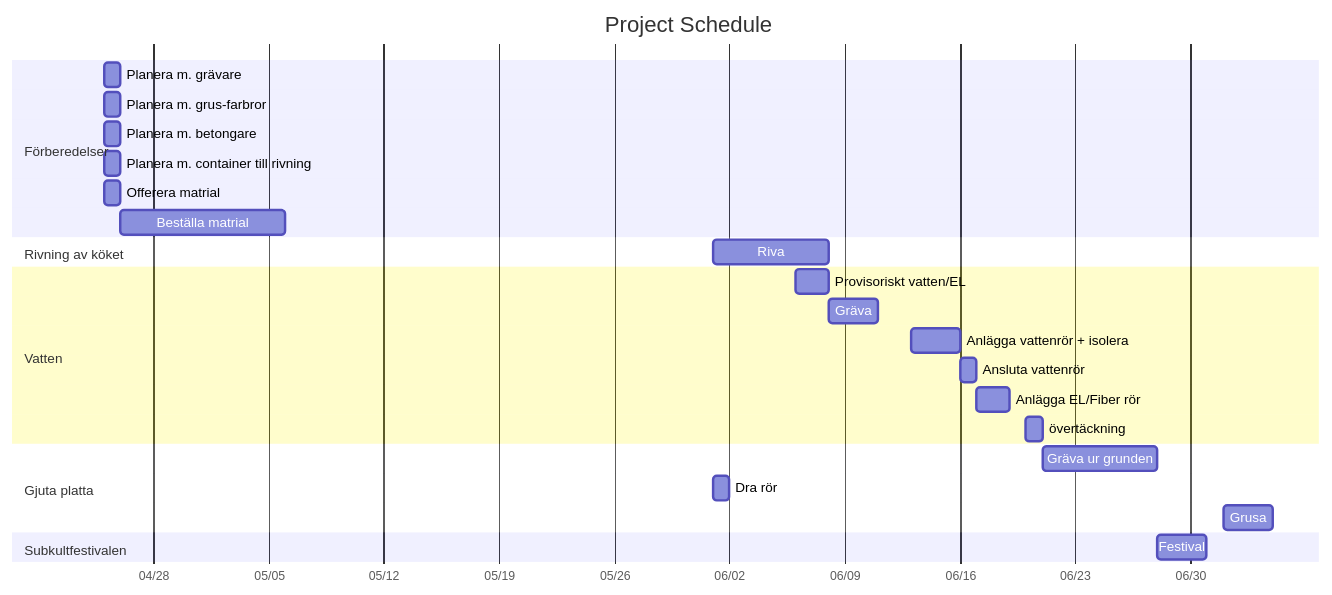
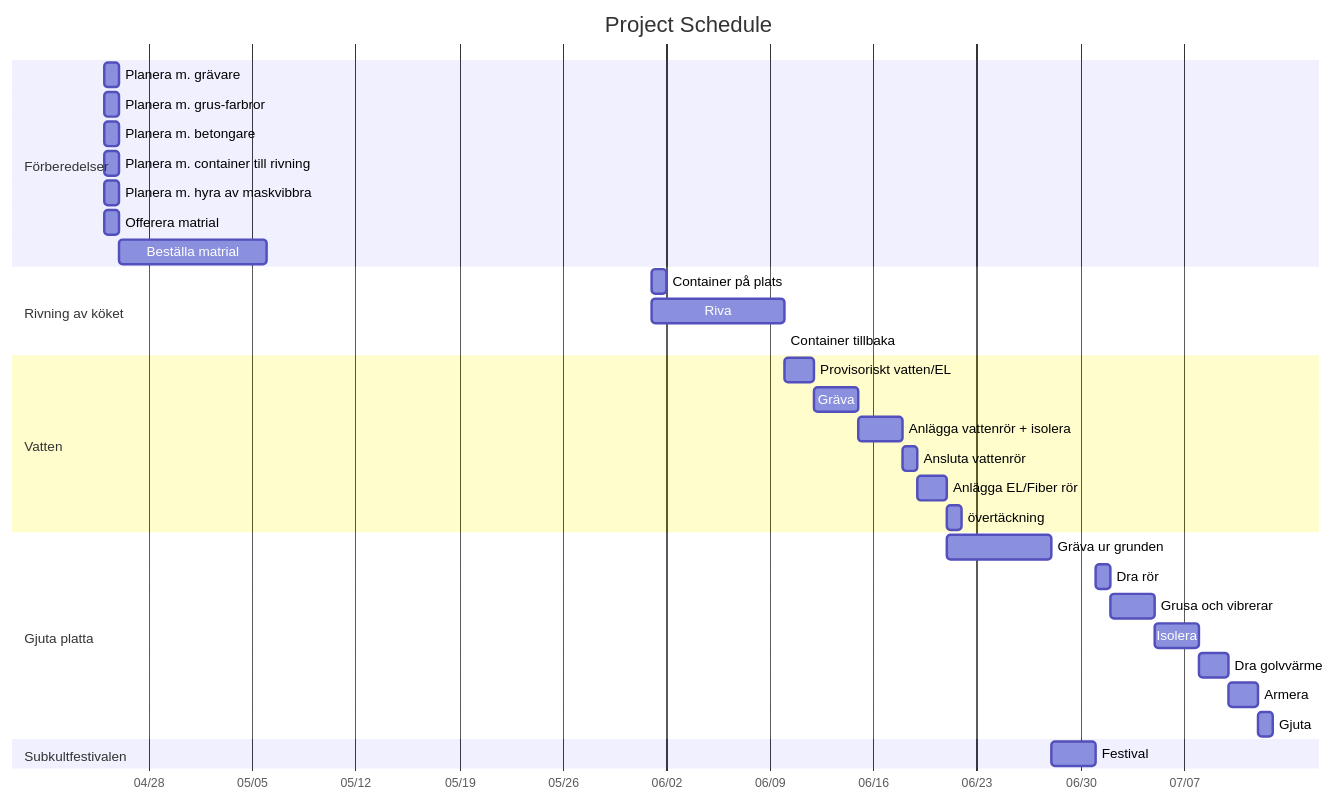
Before and after one commit to masv3971/k-ksrenovering: the diagram in schema.md, drawn with Mermaid.

Commit message:
Add sections.

````diff
--- a/schema.md
+++ b/schema.md
@@ -3,36 +3,44 @@
 ```mermaid
     gantt
         title Project Schedule
         dateFormat YYYY-MM-DD
         axisFormat %m/%d
 
         section Förberedelser
         Planera m. grävare : 2024-04-25, 1d
         Planera m. grus-farbror : 2024-04-25, 1d
         Planera m. betongare : 2024-04-25, 1d
         Planera m. container till rivning : 2024-04-25, 1d
+        Planera m. hyra av maskvibbra : 2024-04-25, 1d
         Offerera matrial : 2024-04-25, 1d
         Beställa matrial : 2024-04-26, 10d
 
         section Rivning av köket
-        Riva : 2024-06-01, 7d
+        Container på plats : 2024-06-01, 1d
+        Riva : 2024-06-01, 9d
+        Container tillbaka : 2024-06-10
         
         section Vatten
-        Provisoriskt vatten/EL : 2024-06-06, 2d
-        Gräva : 2024-06-08, 3d
-        Anlägga vattenrör + isolera : 2024-06-13, 3d
-        Ansluta vattenrör : 2024-06-16, 1d
-        Anlägga EL/Fiber rör : 2024-06-17, 2d
-        övertäckning : 2024-06-20, 1d
+        Provisoriskt vatten/EL : 2024-06-10, 2d
+        Gräva : 2024-06-12, 3d
+        Anlägga vattenrör + isolera : 2024-06-15, 3d
+        Ansluta vattenrör : 2024-06-18, 1d
+        Anlägga EL/Fiber rör : 2024-06-19, 2d
+        övertäckning : 2024-06-21, 1d
 
         section Gjuta platta
         Gräva ur grunden : 2024-06-21, 7d
-        Dra rör : 2024-06-01, 1d
-        Grusa : 2024-07-02, 3d
+        Dra rör : 2024-07-01, 1d
+        Grusa och vibrerar : 2024-07-02, 3d
+        Isolera : 2024-07-05, 3d
+        Dra golvvärme : 2024-07-08, 2d
+        Armera : 2024-07-10, 2d
+        Gjuta : 2024-07-12, 1d
+
 
         section Subkultfestivalen
         Festival : 2024-06-28, 3d
 
 
 
 ```
````
